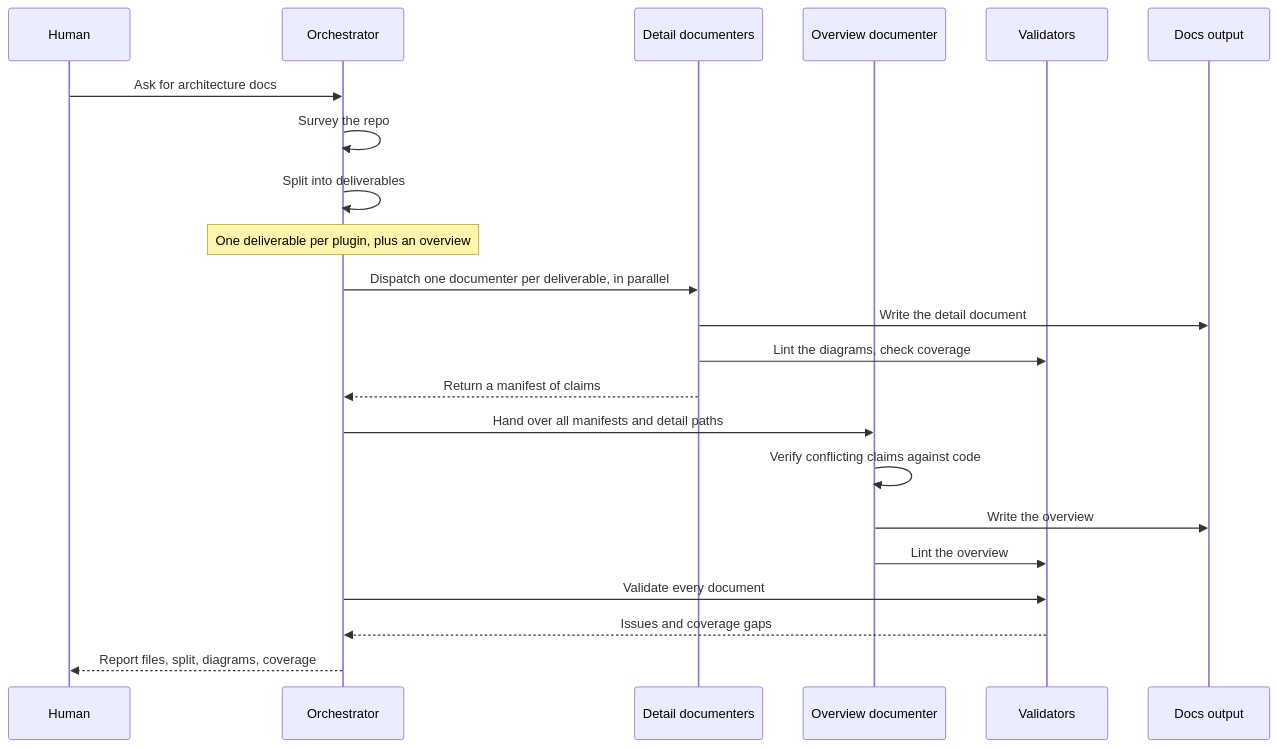
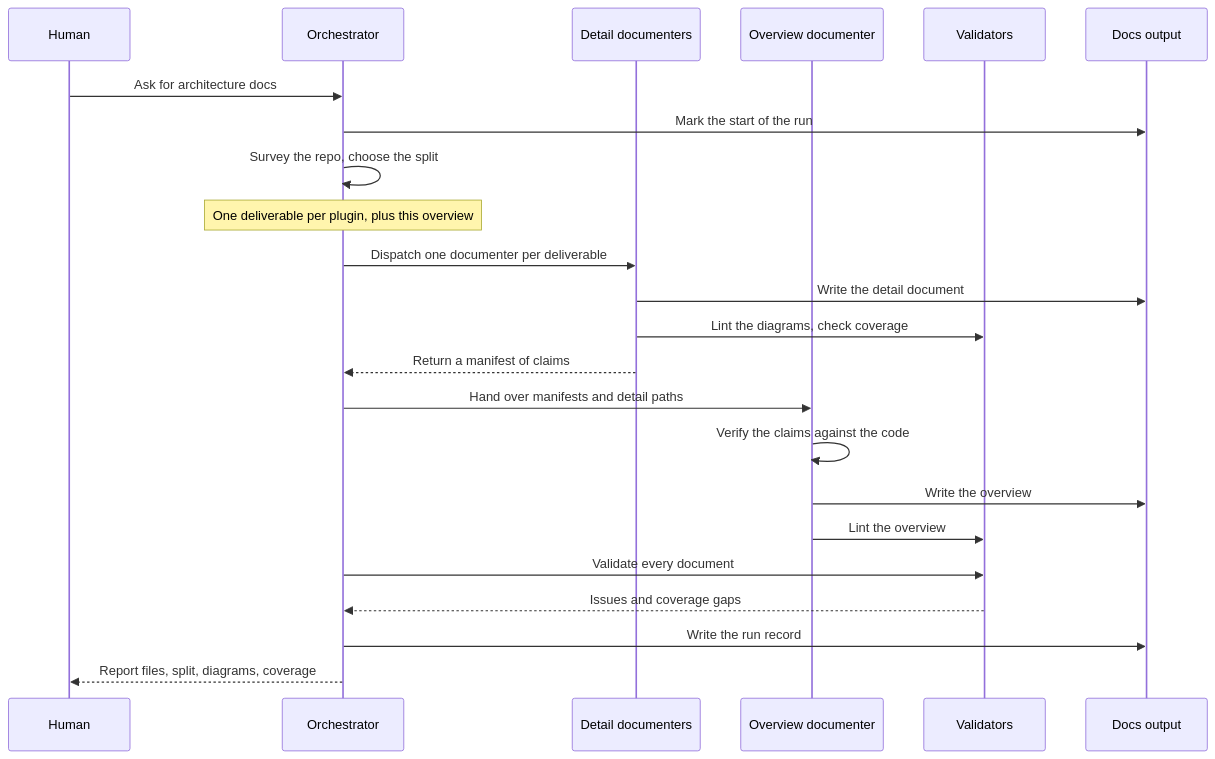
Diagram 18 of 18 in docs/architecture/overview.md (peterlit/quiller-claude-plugins), drawn with Mermaid before and after one commit. The commit also changed other lines of this file and 5 other files, not shown here.

````diff
--- a/docs/architecture/overview.md
+++ b/docs/architecture/overview.md
@@ -612,25 +1342,26 @@
 ```mermaid
 sequenceDiagram
     participant H as Human
     participant O as Orchestrator
     participant D1 as Detail documenters
     participant D2 as Overview documenter
     participant V as Validators
     participant OUT as Docs output
 
     H->>O: Ask for architecture docs
-    O->>O: Survey the repo
-    O->>O: Split into deliverables
-    Note over O: One deliverable per plugin, plus an overview
-    O->>D1: Dispatch one documenter per deliverable, in parallel
+    O->>OUT: Mark the start of the run
+    O->>O: Survey the repo, choose the split
+    Note over O: One deliverable per plugin, plus this overview
+    O->>D1: Dispatch one documenter per deliverable
     D1->>OUT: Write the detail document
     D1->>V: Lint the diagrams, check coverage
     D1-->>O: Return a manifest of claims
-    O->>D2: Hand over all manifests and detail paths
-    D2->>D2: Verify conflicting claims against code
+    O->>D2: Hand over manifests and detail paths
+    D2->>D2: Verify the claims against the code
     D2->>OUT: Write the overview
     D2->>V: Lint the overview
     O->>V: Validate every document
     V-->>O: Issues and coverage gaps
+    O->>OUT: Write the run record
     O-->>H: Report files, split, diagrams, coverage
 ```
````
